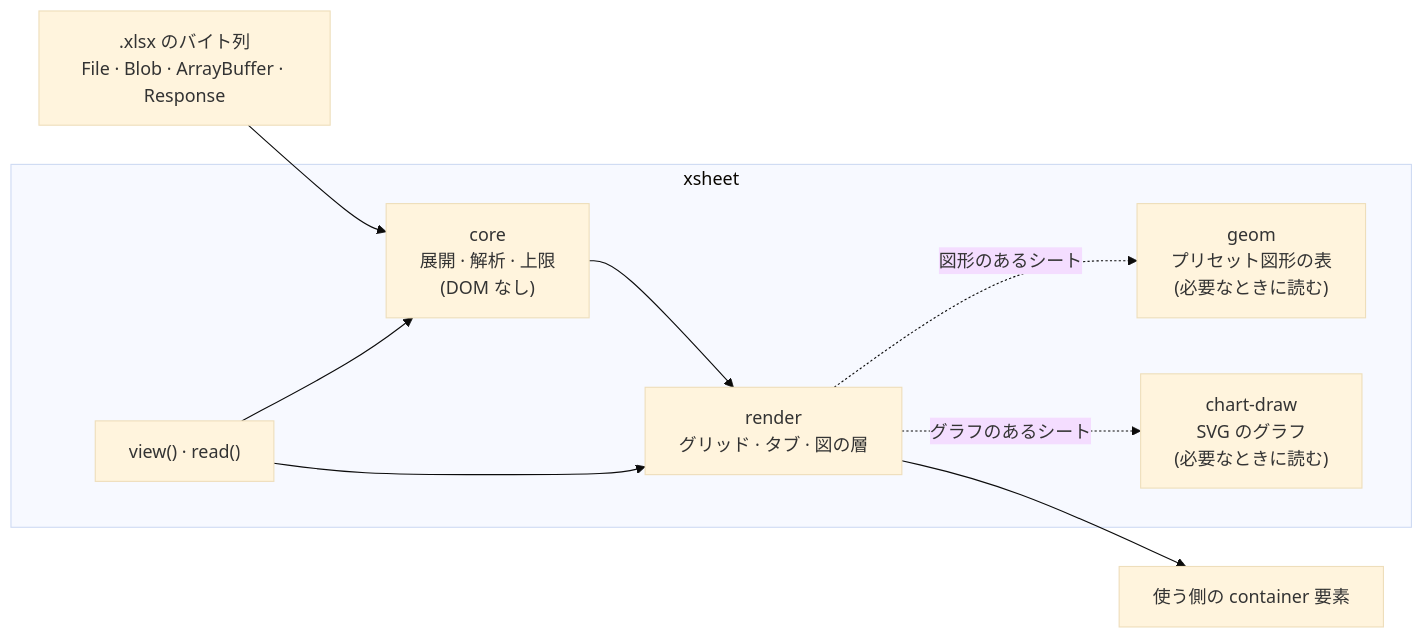
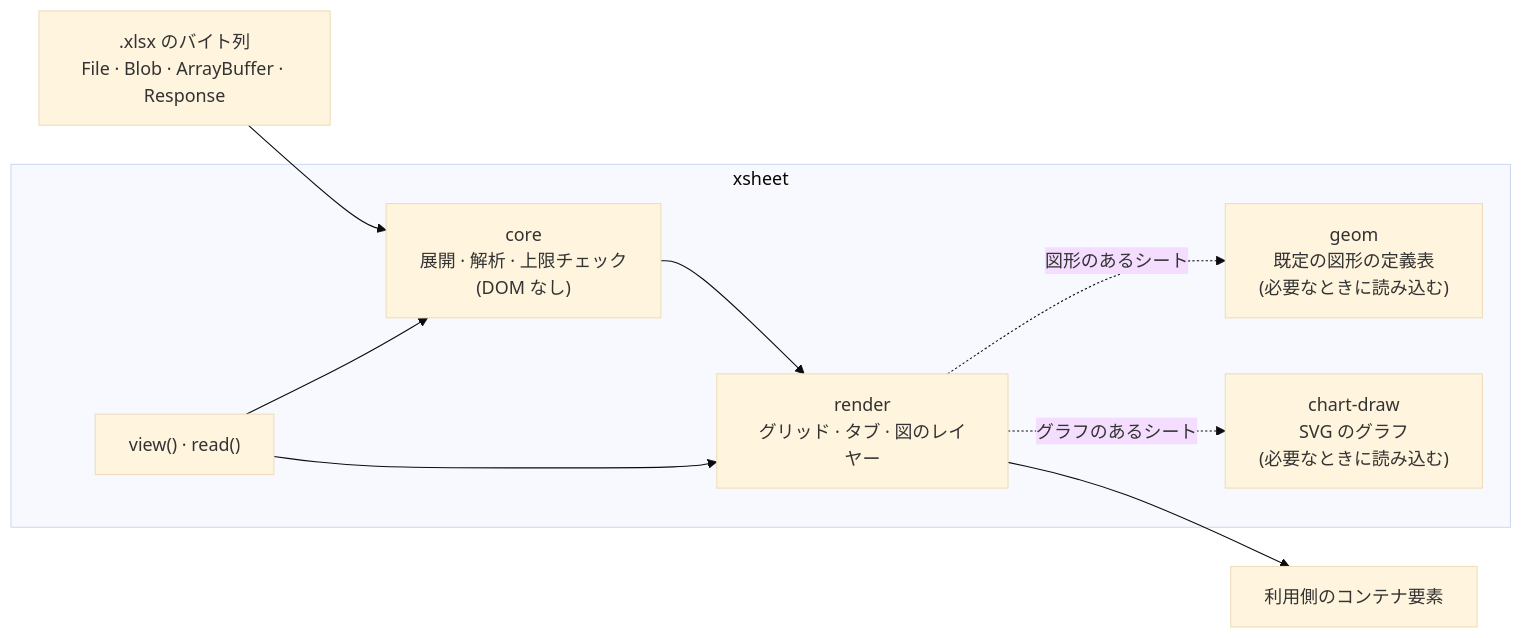
The diagram in README.ja.md (TaekangKwon/XSheet), drawn with Mermaid (base theme) before and after one commit. The commit also changed other lines of this file and 4 other files, not shown here.

````diff
--- a/README.ja.md
+++ b/README.ja.md
@@ -99,17 +99,17 @@
 ```mermaid
 graph LR
     F[".xlsx のバイト列<br>File · Blob · ArrayBuffer · Response"] --> CORE
     subgraph xsheet
-        CORE["core<br>展開 · 解析 · 上限<br>(DOM なし)"]
-        GEOM["geom<br>プリセット図形の表<br>(必要なときに読む)"]
-        RENDER["render<br>グリッド · タブ · 図の層"]
-        CHART["chart-draw<br>SVG のグラフ<br>(必要なときに読む)"]
+        CORE["core<br>展開 · 解析 · 上限チェック<br>(DOM なし)"]
+        GEOM["geom<br>既定の図形の定義表<br>(必要なときに読み込む)"]
+        RENDER["render<br>グリッド · タブ · 図のレイヤー"]
+        CHART["chart-draw<br>SVG のグラフ<br>(必要なときに読み込む)"]
         FACADE["view() · read()"]
     end
     CORE --> RENDER
     RENDER -. "図形のあるシート" .-> GEOM
     RENDER -. "グラフのあるシート" .-> CHART
     FACADE --> CORE
     FACADE --> RENDER
-    RENDER --> DOM["使う側の container 要素"]
+    RENDER --> DOM["利用側のコンテナ要素"]
 ```
````
